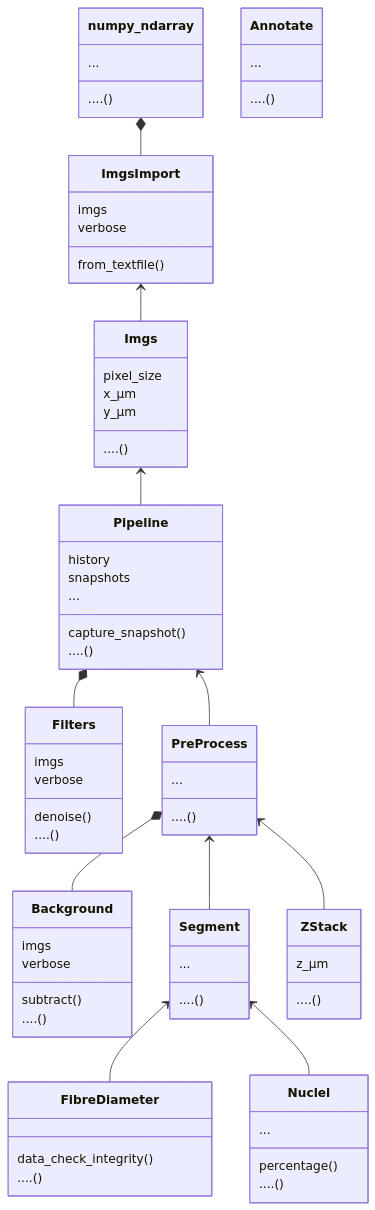
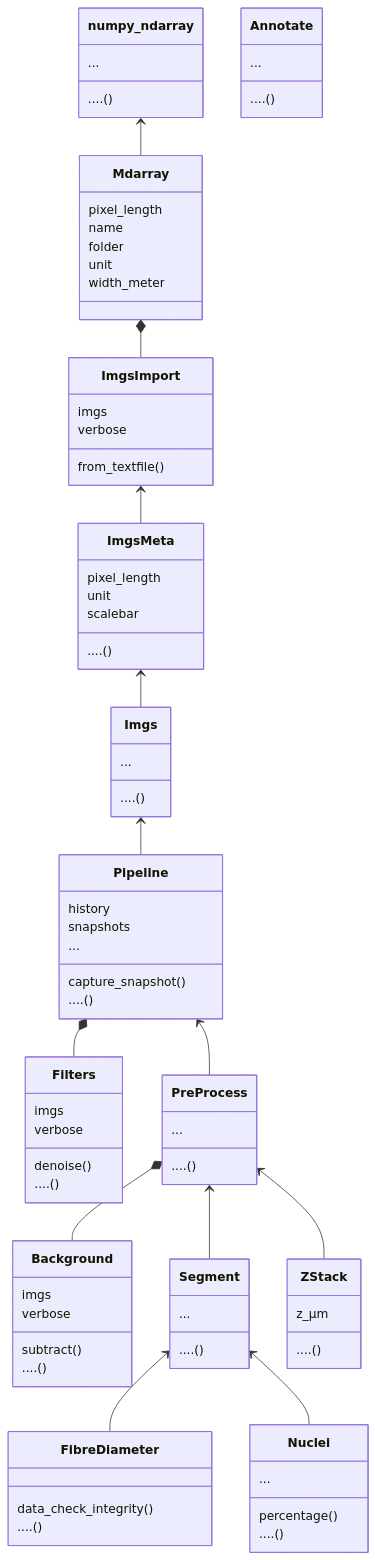
The diagram in README.md (markur4/a_shg_collagen), drawn with Mermaid before and after one commit. The commit also changed 11 other files, not shown here.

```diff
--- a/README.md
+++ b/README.md
@@ -119,20 +119,35 @@
       ...
       ....()
    }
+   class Mdarray {
+      pixel_length
+      name
+      folder
+      unit
+      width_meter
+   }
+   numpy_ndarray <-- Mdarray
+   
    class ImgsImport {
       imgs
       verbose
       from_textfile()
    }
-   numpy_ndarray *-- ImgsImport
+   Mdarray *-- ImgsImport
+   
+      class ImgsMeta{
+      pixel_length
+      unit
+      scalebar
+      ....()
+   }
+   ImgsImport <-- ImgsMeta
    
    class Imgs{
-      pixel_size
-      x_µm
-      y_µm
+      ...
       ....()
    }
-   ImgsImport <-- Imgs
+   ImgsMeta <-- Imgs
    
    %% == Preprocessing ==============================================
 
```
